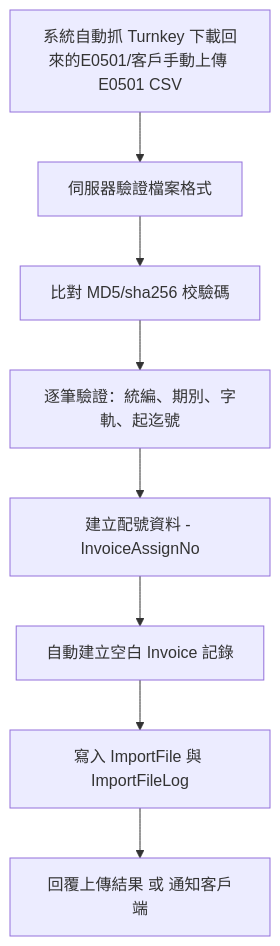
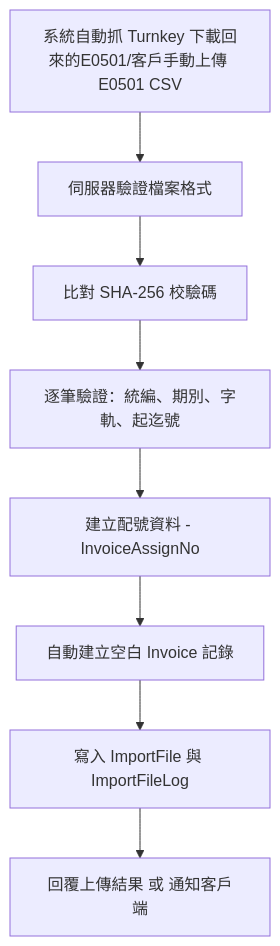
Before and after one commit to latte1855/turnbridge: the first of 2 diagrams in docs/requirements/turnkey_system_interview_draft_v0.3.md, drawn with Mermaid. The commit also changed other lines of this file and 18 other files, not shown here.

````diff
--- a/docs/requirements/turnkey_system_interview_draft_v0.3.md
+++ b/docs/requirements/turnkey_system_interview_draft_v0.3.md
@@ -105,10 +105,10 @@
 ```mermaid
 graph TD
 A["系統自動抓 Turnkey 下載回來的E0501/客戶手動上傳 E0501 CSV"] --> B["伺服器驗證檔案格式"]
-B --> C["比對 MD5/sha256 校驗碼"]
+B --> C["比對 SHA-256 校驗碼"]
 C --> D["逐筆驗證：統編、期別、字軌、起迄號"]
 D --> E["建立配號資料 - InvoiceAssignNo"]
 E --> F["自動建立空白 Invoice 記錄"]
 F --> G["寫入 ImportFile 與 ImportFileLog"]
 G --> H["回覆上傳結果 或 通知客戶端"]
 ```
````
